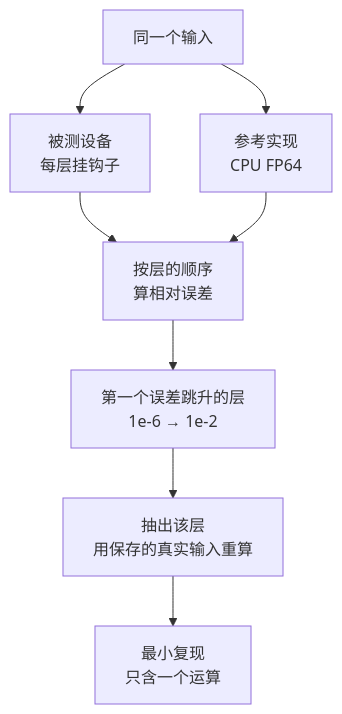
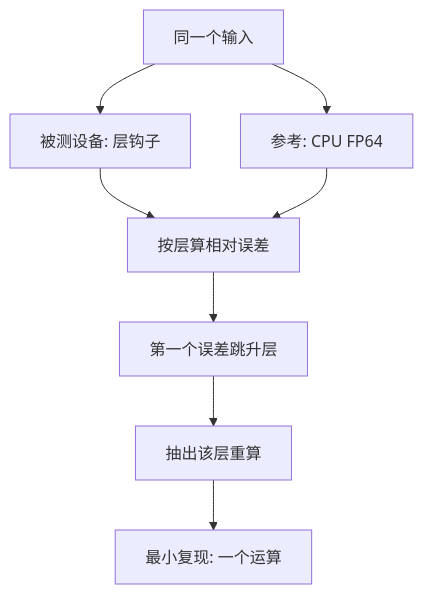
Before and after one commit to ChiChasesCheese/trellis: the diagram in vault/domains/test-release/cards/oracles/tr-oracles-differential-layerwise.md, drawn with Mermaid. The commit also changed 27 other files, not shown here.

First line of the commit message:
Cerebras HM prep: phone-sized diagrams and two corrected facts in the 100 cards for the hiring-manager round

````diff
--- a/vault/domains/test-release/cards/oracles/tr-oracles-differential-layerwise.md
+++ b/vault/domains/test-release/cards/oracles/tr-oracles-differential-layerwise.md
@@ -31,10 +31,10 @@
 ```mermaid
 flowchart TB
-  I["同一个输入"] --> D["被测设备<br/>每层挂钩子"]
-  I --> R["参考实现<br/>CPU FP64"]
-  D --> C["按层的顺序<br/>算相对误差"]
+  I["同一个输入"] --> D["被测设备: 层钩子"]
+  I --> R["参考: CPU FP64"]
+  D --> C["按层算相对误差"]
   R --> C
-  C --> J["第一个误差跳升的层<br/>1e-6 → 1e-2"]
-  J --> X["抽出该层<br/>用保存的真实输入重算"]
-  X --> M["最小复现<br/>只含一个运算"]
+  C --> J["第一个误差跳升层"]
+  J --> X["抽出该层重算"]
+  X --> M["最小复现: 一个运算"]
 ```
````
